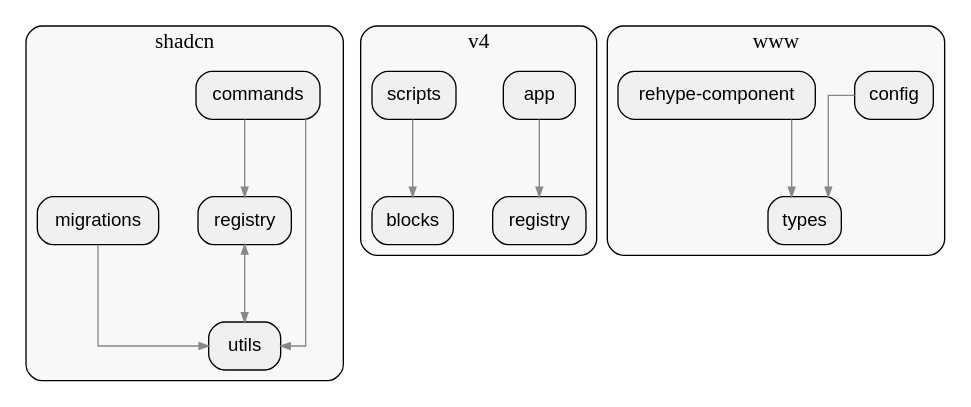
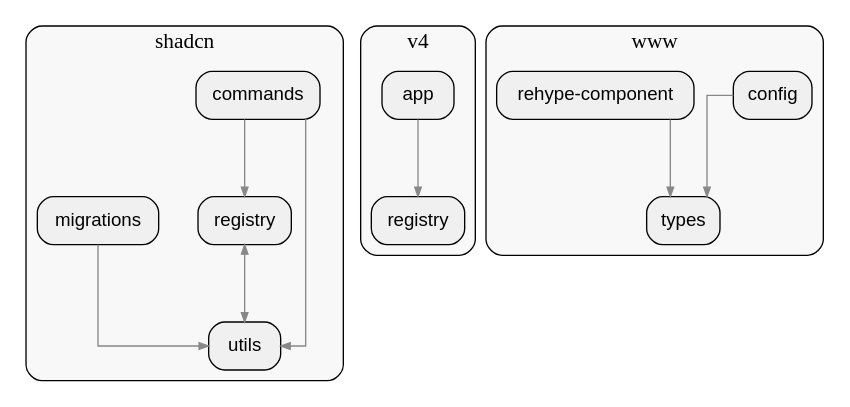
The diagram in sample/typescript/shadcn-ui/depth_2_module.dot (allenanswerzq/llmcc), drawn with Graphviz before and after one commit. The commit also changed 67 other files, not shown here.

```diff
--- a/sample/typescript/shadcn-ui/depth_2_module.dot
+++ b/sample/typescript/shadcn-ui/depth_2_module.dot
@@ -1,56 +1,53 @@
 digraph architecture {
   rankdir=TB;
   ranksep=0.8;
   nodesep=0.4;
   splines=ortho;
   concentrate=true;
 
   node [shape=box, style="rounded,filled", fillcolor="#f0f0f0", fontname="Helvetica"];
   edge [color="#888888", arrowsize=0.7];
 
   labelloc=t;
   fontsize=16;
 
   subgraph cluster_shadcn {
     label="shadcn";
     style=rounded;
     bgcolor="#f8f8f8";
 
     mod_shadcn_commands[label="commands", path="/home/yibai/llmcc/sample/repos/shadcn-ui/packages/shadcn/src/commands"];
     mod_shadcn_migrations[label="migrations", path="/home/yibai/llmcc/sample/repos/shadcn-ui/packages/shadcn/src/migrations"];
     mod_shadcn_registry[label="registry", path="/home/yibai/llmcc/sample/repos/shadcn-ui/packages/shadcn/src/registry"];
     mod_shadcn_utils[label="utils", path="/home/yibai/llmcc/sample/repos/shadcn-ui/packages/shadcn/src/utils"];
   }
 
   subgraph cluster_v4 {
     label="v4";
     style=rounded;
     bgcolor="#f8f8f8";
 
     mod_v4_app[label="app", path="/home/yibai/llmcc/sample/repos/shadcn-ui/apps/v4/app"];
-    mod_v4_blocks[label="blocks", path="/home/yibai/llmcc/sample/repos/shadcn-ui/apps/v4/lib"];
     mod_v4_registry[label="registry", path="/home/yibai/llmcc/sample/repos/shadcn-ui/apps/v4/registry"];
-    mod_v4_scripts[label="scripts", path="/home/yibai/llmcc/sample/repos/shadcn-ui/apps/v4/scripts"];
   }
 
   subgraph cluster_www {
     label="www";
     style=rounded;
     bgcolor="#f8f8f8";
 
     mod_www_config[label="config", path="/home/yibai/llmcc/sample/repos/shadcn-ui/deprecated/www/config"];
     mod_www_rehype_component[label="rehype-component", path="/home/yibai/llmcc/sample/repos/shadcn-ui/deprecated/www/lib"];
     mod_www_types[label="types", path="/home/yibai/llmcc/sample/repos/shadcn-ui/deprecated/www/types"];
   }
 
 
   mod_shadcn_commands -> mod_shadcn_registry;
   mod_shadcn_commands -> mod_shadcn_utils;
   mod_shadcn_migrations -> mod_shadcn_utils;
   mod_shadcn_registry -> mod_shadcn_utils;
   mod_shadcn_utils -> mod_shadcn_registry;
   mod_v4_app -> mod_v4_registry;
-  mod_v4_scripts -> mod_v4_blocks;
   mod_www_config -> mod_www_types;
   mod_www_rehype_component -> mod_www_types;
 }
```
